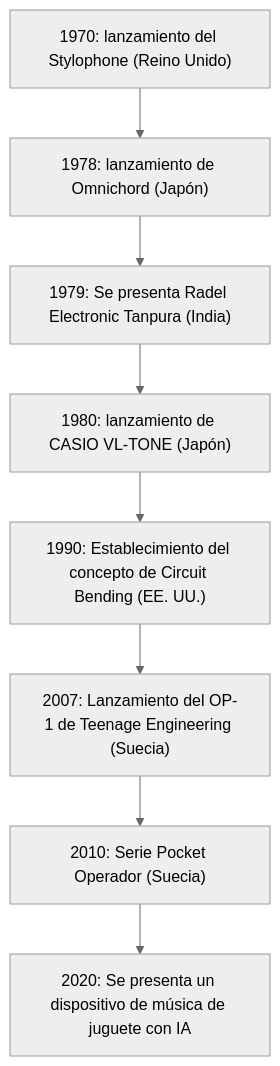
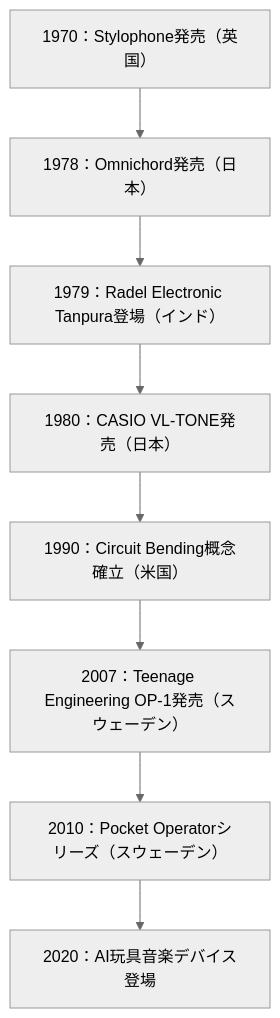
The diagram in es/_posts/2025-10-12-Column-Strange-Musical-Toys.md (monumental-movement/monumental-movement.github.io), drawn with Mermaid (neutral theme) before and after one commit. The commit also changed other lines of this file and 299 other files, not shown here.

```diff
--- a/es/_posts/2025-10-12-Column-Strange-Musical-Toys.md
+++ b/es/_posts/2025-10-12-Column-Strange-Musical-Toys.md
@@ -213,16 +213,16 @@
 <div class="mermaid">
 
 flowchart TD
 
-    A1970["1970: lanzamiento del Stylophone (Reino Unido)"]
-    B1978["1978: lanzamiento de Omnichord (Japón)"]
-    C1979["1979: Se presenta Radel Electronic Tanpura (India)"]
-    D1980["1980: lanzamiento de CASIO VL-TONE (Japón)"]
-    E1990["1990: Establecimiento del concepto de Circuit Bending (EE. UU.)"]
-    F2007["2007: Lanzamiento del OP-1 de Teenage Engineering (Suecia)"]
-    G2010["2010: Serie Pocket Operador (Suecia)"]
-    H2020["2020: Se presenta un dispositivo de música de juguete con IA"]
+    A1970["1970：Stylophone発売（英国）"]
+    B1978["1978：Omnichord発売（日本）"]
+    C1979["1979：Radel Electronic Tanpura登場（インド）"]
+    D1980["1980：CASIO VL-TONE発売（日本）"]
+    E1990["1990：Circuit Bending概念確立（米国）"]
+    F2007["2007：Teenage Engineering OP-1発売（スウェーデン）"]
+    G2010["2010：Pocket Operatorシリーズ（スウェーデン）"]
+    H2020["2020：AI玩具音楽デバイス登場"]
     
     A1970 --> B1978 --> C1979 --> D1980 --> E1990 --> F2007 --> G2010 --> H2020
 
 </div>
```
